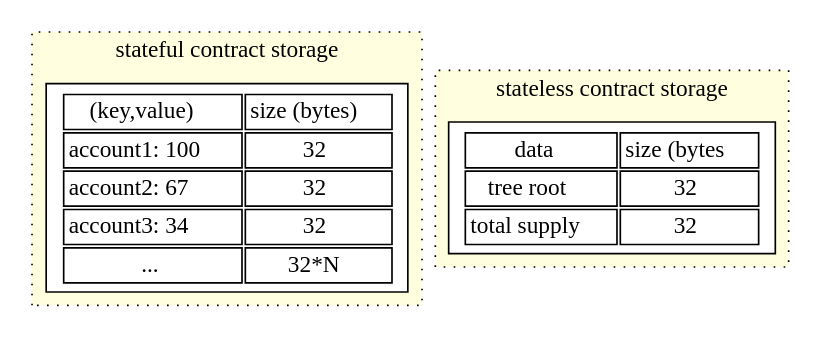
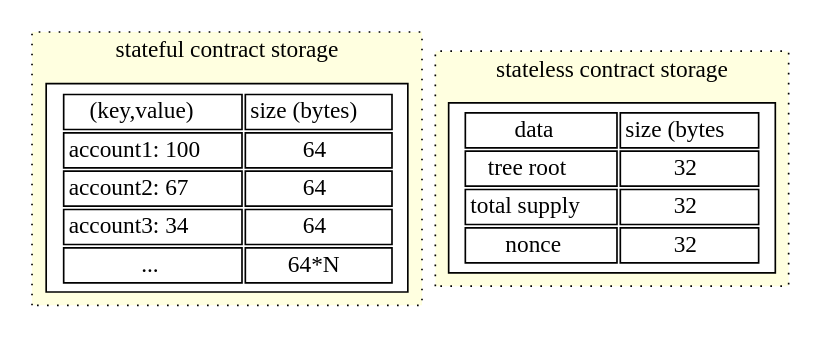
Before and after one commit to gballet/presentations: the diagram in devcon/devconv/wasm_precompiles/compare_erc20.dot, drawn with Graphviz.

Commit message:
Fix errors in erc20 comparison code

```diff
--- a/devcon/devconv/wasm_precompiles/compare_erc20.dot
+++ b/devcon/devconv/wasm_precompiles/compare_erc20.dot
@@ -1,17 +1,28 @@
 digraph D {
-node [shape="box"];
-subgraph cluster01 {
-node [border="0"];
-label="stateful contract storage";
-style="dotted,filled";
-bgcolor="lightyellow";
-contractf [style="filled",fillcolor="white",label=<<table cellborder="1" border="0">
-<tr><td>(key,value)</td><td>size (bytes)</td></tr><tr><td>account1: 100</td><td>32</td></tr><tr><td align="left">account2: 67</td><td>32</td></tr><tr><td align="left">account3: 34</td><td>32</td></tr><tr><td>...</td><td>32*N</td></tr></table>>]
+	node [shape="box"];
+		subgraph cluster01 {
+		node [border="0"];
+		label="stateful contract storage";
+		style="dotted,filled";
+		bgcolor="lightyellow";
+		contractf [style="filled",fillcolor="white",label=<<table cellborder="1" border="0">
+			<tr><td>(key,value)</td><td>size (bytes)</td></tr>
+			<tr><td>account1: 100</td><td>64</td></tr>
+			<tr><td align="left">account2: 67</td><td>64</td></tr>
+			<tr><td align="left">account3: 34</td><td>64</td></tr>
+			<tr><td>...</td><td>64*N</td></tr>
+		</table>>]
+	}
+
+	subgraph cluster02 {
+		label="stateless contract storage";
+		style="dotted,filled";
+		bgcolor="lightyellow";
+		contractl [style="filled",fillcolor="white",label=<<table cellborder="1" border="0">
+			<tr><td>data</td><td>size (bytes</td></tr>
+			<tr><td>tree root</td><td>32</td></tr>
+			<tr><td>total supply</td><td>32</td></tr>
+			<tr><td>nonce</td><td>32</td></tr>
+		</table>>]
+	}
 }
-subgraph cluster02 {
-label="stateless contract storage";
-style="dotted,filled";
-bgcolor="lightyellow";
-contractl [style="filled",fillcolor="white",label=<<table cellborder="1" border="0"><tr><td>data</td><td>size (bytes</td></tr><tr><td>tree root</td><td>32</td></tr><tr><td>total supply</td><td>32</td></tr></table>>]
-}
-}
```
